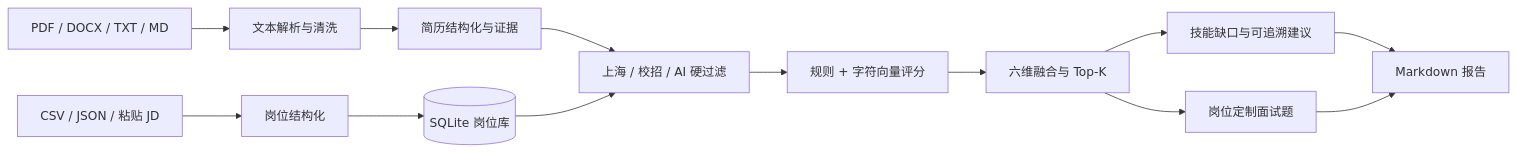
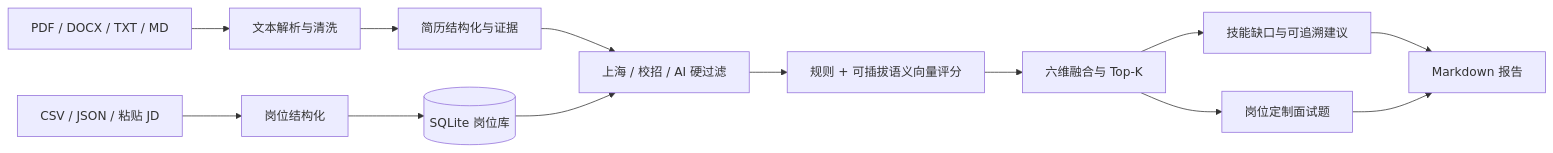
One commit to moquanCC/ai-job-agent changed the diagram in docs/architecture.md. Above: the diagram before and after it, drawn with Mermaid. The commit also changed other lines of this file and 36 other files, not shown here.

````diff
--- a/docs/architecture.md
+++ b/docs/architecture.md
@@ -5,15 +5,15 @@
 ```mermaid
 flowchart LR
     A[PDF / DOCX / TXT / MD] --> B[文本解析与清洗]
     B --> C[简历结构化与证据]
     D[CSV / JSON / 粘贴 JD] --> E[岗位结构化]
     E --> F[(SQLite 岗位库)]
     C --> G[上海 / 校招 / AI 硬过滤]
     F --> G
-    G --> H[规则 + 字符向量评分]
+    G --> H[规则 + 可插拔语义向量评分]
     H --> I[六维融合与 Top-K]
     I --> J[技能缺口与可追溯建议]
     I --> K[岗位定制面试题]
     J --> L[Markdown 报告]
     K --> L
 ```
````
